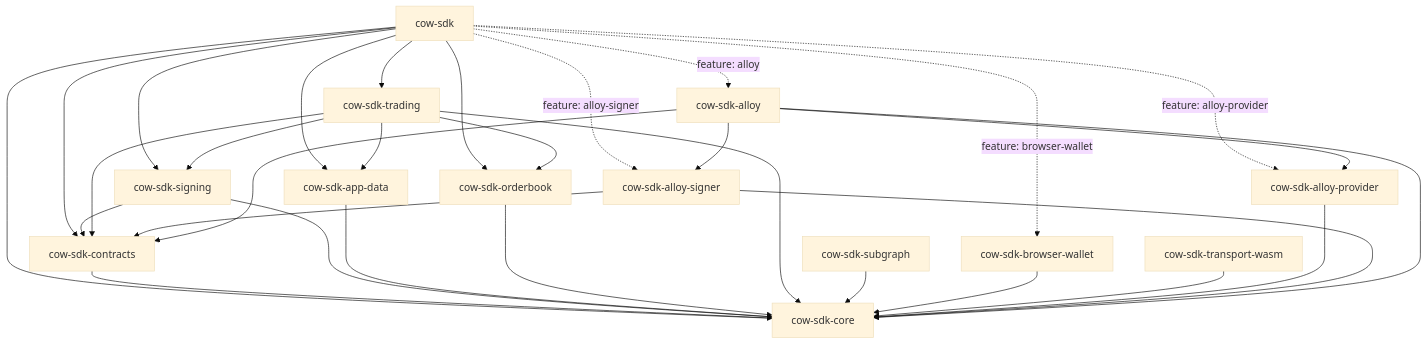
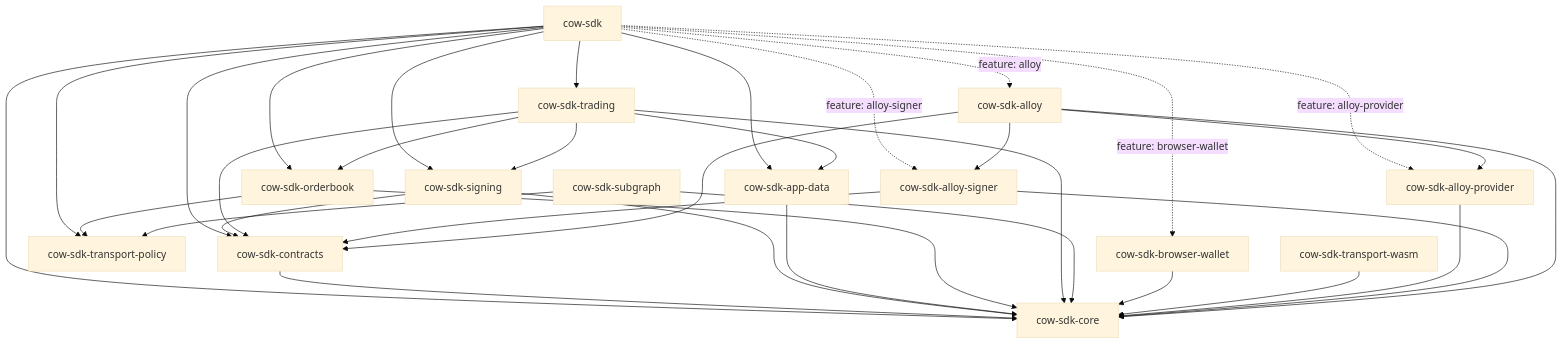
Before and after one commit to 0xSymbiome/cow-rs: the diagram in docs/architecture.md, drawn with Mermaid (base theme). The commit also changed other lines of this file and 48 other files, not shown here.

First line of the commit message:
feat(transport-policy): add shared HTTP policy crate

````diff
--- a/docs/architecture.md
+++ b/docs/architecture.md
@@ -6,47 +6,51 @@
 ```mermaid
 flowchart TD
   sdk["cow-sdk"];
   core["cow-sdk-core"];
   contracts["cow-sdk-contracts"];
   signing["cow-sdk-signing"];
   appdata["cow-sdk-app-data"];
   orderbook["cow-sdk-orderbook"];
+  transport_policy["cow-sdk-transport-policy"];
   trading["cow-sdk-trading"];
   subgraph_crate["cow-sdk-subgraph"];
   wallet["cow-sdk-browser-wallet"];
   transport_wasm["cow-sdk-transport-wasm"];
   alloy_provider["cow-sdk-alloy-provider"];
   alloy_signer["cow-sdk-alloy-signer"];
   alloy["cow-sdk-alloy"];
 
   sdk --> core;
   sdk --> contracts;
   sdk --> signing;
   sdk --> appdata;
   sdk --> orderbook;
+  sdk --> transport_policy;
   sdk --> trading;
   sdk -.->|feature: browser-wallet| wallet;
   sdk -.->|feature: alloy-provider| alloy_provider;
   sdk -.->|feature: alloy-signer| alloy_signer;
   sdk -.->|feature: alloy| alloy;
   contracts --> core;
   signing --> core;
   signing --> contracts;
   appdata --> core;
   orderbook --> core;
+  orderbook --> transport_policy;
   trading --> core;
   trading --> contracts;
   trading --> signing;
   trading --> appdata;
   trading --> orderbook;
   subgraph_crate --> core;
+  subgraph_crate --> transport_policy;
   wallet --> core;
   transport_wasm --> core;
   alloy_provider --> core;
   alloy_signer --> core;
   alloy_signer --> contracts;
   alloy --> core;
   alloy --> contracts;
   alloy --> alloy_provider;
   alloy --> alloy_signer;
 ```
````
